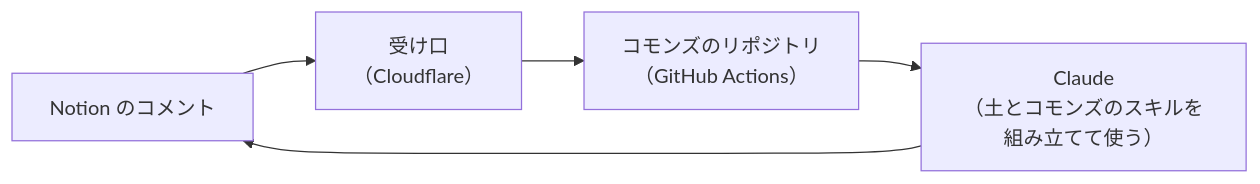
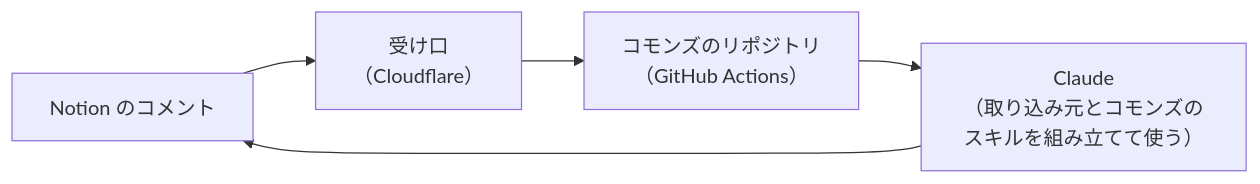
The third of 3 diagrams in docs/how-commons-work.md (commons-ground/ground), drawn with Mermaid before and after one commit. The commit also changed other lines of this file and 13 other files, not shown here.

````diff
--- a/docs/how-commons-work.md
+++ b/docs/how-commons-work.md
@@ -104,7 +137,7 @@
 ```mermaid
 flowchart LR
   N["Notion のコメント"] --> W["受け口<br>（Cloudflare）"]
   W --> G["コモンズのリポジトリ<br>（GitHub Actions）"]
-  G --> C["Claude<br>（土とコモンズのスキルを組み立てて使う）"]
+  G --> C["Claude<br>（取り込み元とコモンズのスキルを組み立てて使う）"]
   C --> N
 ```
````
